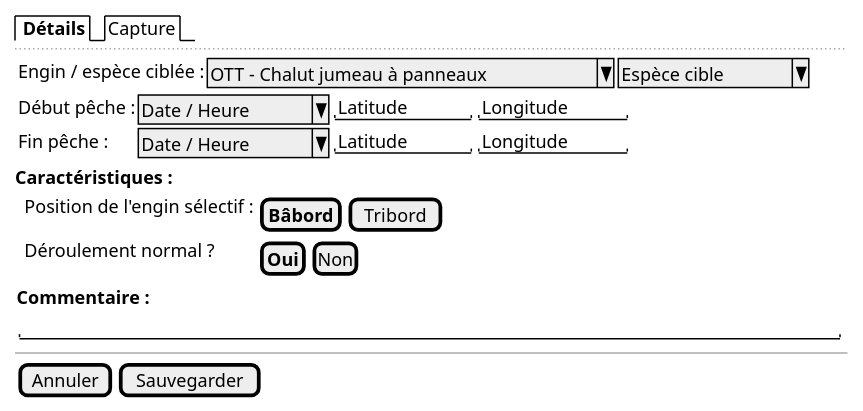
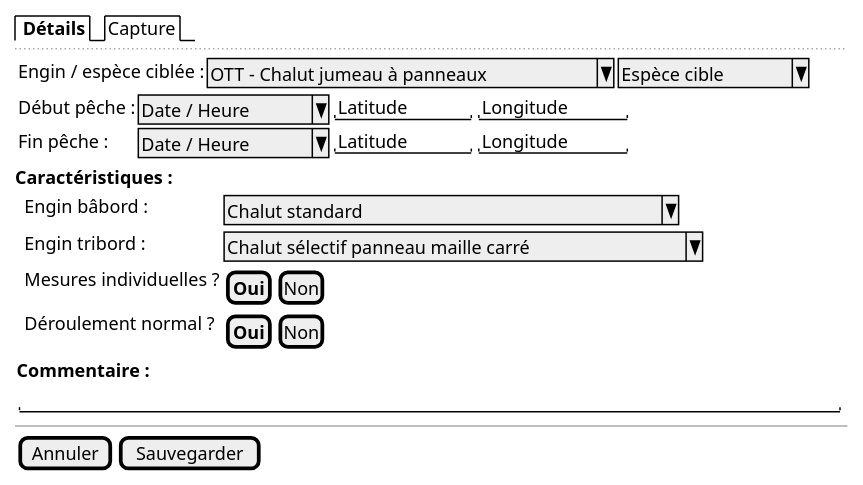
The diagram in projects/apase/spe/operation.puml (sumaris-net/sumaris-doc), drawn with PlantUML before and after one commit. The commit also changed 7 other files, not shown here.

```diff
--- a/projects/apase/spe/operation.puml
+++ b/projects/apase/spe/operation.puml
@@ -1,35 +1,37 @@
 @startsalt
 {
 
   {/ <b> Détails | Capture }
   ..
 
     {
       { Engin / espèce ciblée : | ^ OTT - Chalut jumeau à panneaux ^ | ^ Espèce cible ^ }
 
       {
         Début pêche : | ^ Date / Heure ^ | "Latitude   " | "Longitude   "
         Fin pêche : | ^ Date / Heure ^ | "Latitude   " | "Longitude   "
       }
     }
 
     <b>Caractéristiques :
 
     {
-      . | Position de l'engin sélectif : { [<b>Bâbord] | [Tribord] }
-      . |Déroulement normal ? { [<b>Oui] | [Non] }
+      . | Engin bâbord : { ^ Chalut standard                    ^ }
+      . | Engin tribord : { ^ Chalut sélectif panneau maille carré ^ }
+      . | Mesures individuelles ? { [<b>Oui] | [Non] }
+      . | Déroulement normal ? { [<b>Oui] | [Non] }
     }
 
     {
         <b>Commentaire :
 
         { "                                                                    "}
     }
 
   --
 
   {
     [Annuler] | [Sauvegarder]
   }
 }
 @endsalt
```
